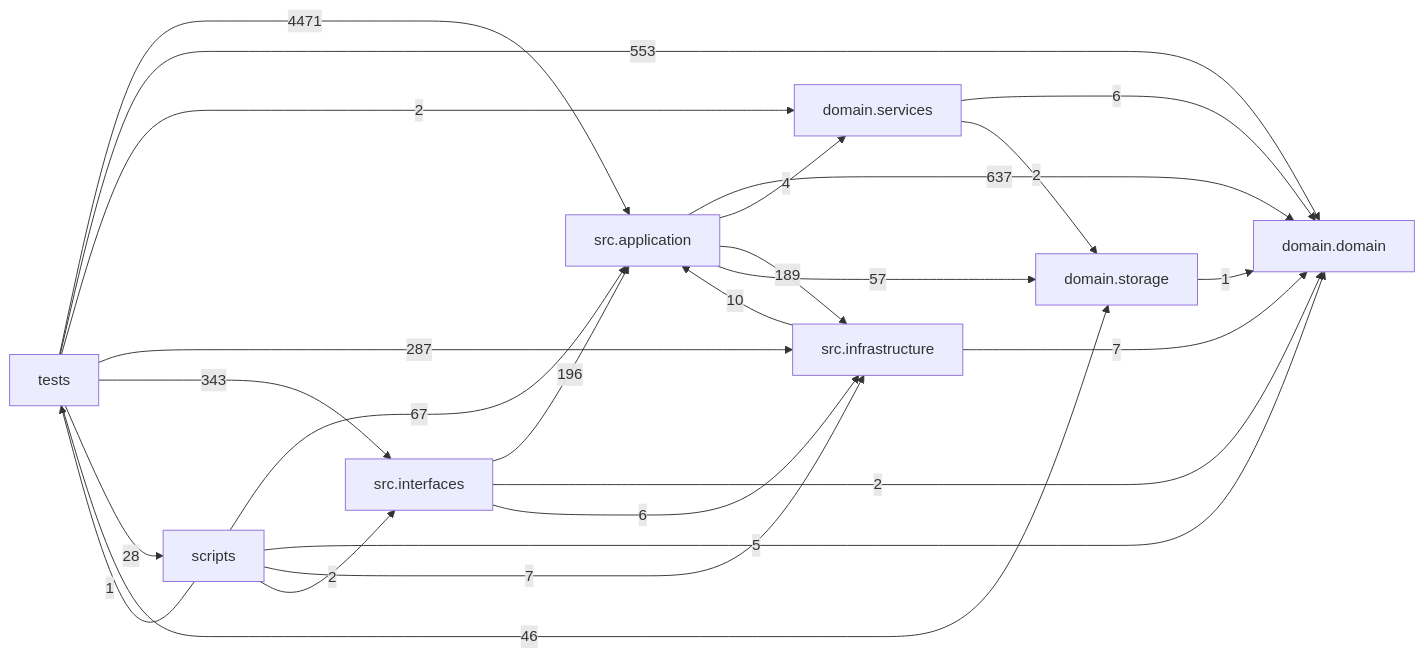
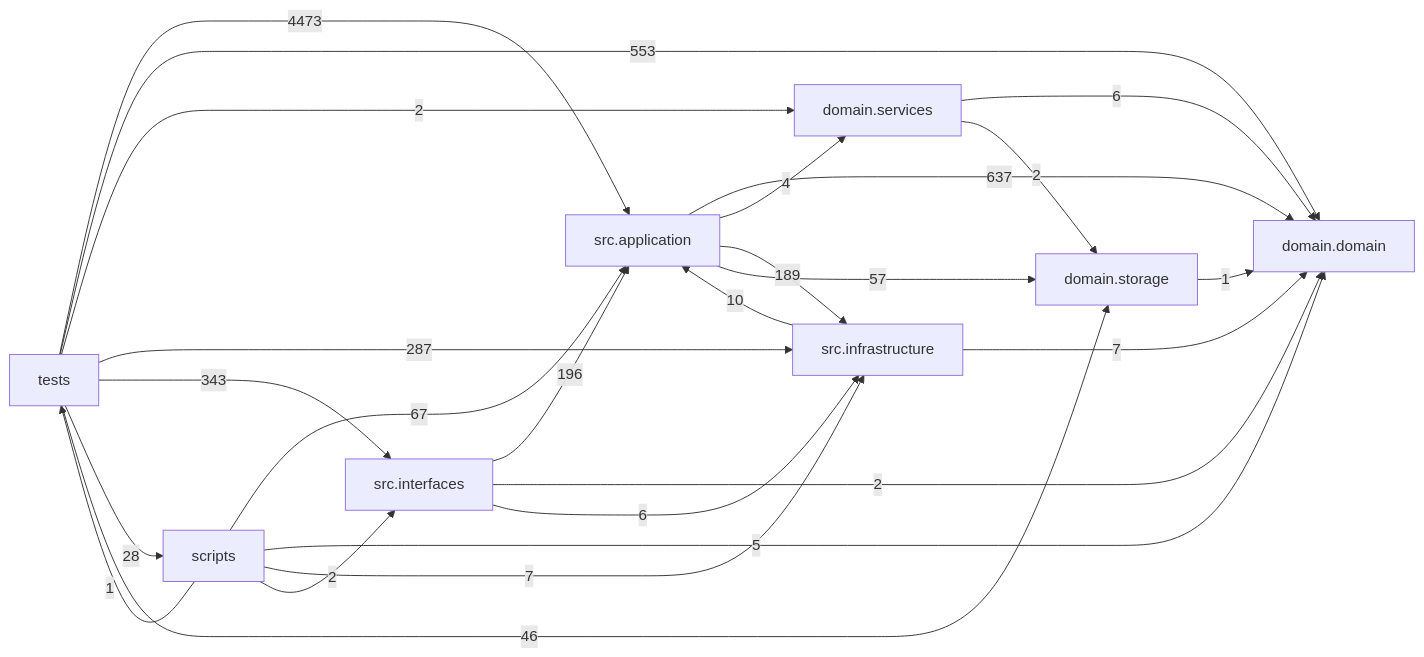
Before and after one commit to liuxie066/options-monitor: the diagram in docs/DEPENDENCY_GRAPH.md, drawn with Mermaid. The commit also changed other lines of this file and 4 other files, not shown here.

````diff
--- a/docs/DEPENDENCY_GRAPH.md
+++ b/docs/DEPENDENCY_GRAPH.md
@@ -24,35 +24,35 @@
 ```mermaid
 flowchart LR
   tests["tests"]
   scripts["scripts"]
   interfaces["src.interfaces"]
   application["src.application"]
   infrastructure["src.infrastructure"]
   domain_services["domain.services"]
   domain["domain.domain"]
   storage["domain.storage"]
   application -->|637| domain
   application -->|4| domain_services
   application -->|189| infrastructure
   application -->|57| storage
   domain_services -->|6| domain
   domain_services -->|2| storage
   infrastructure -->|10| application
   infrastructure -->|7| domain
   interfaces -->|196| application
   interfaces -->|2| domain
   interfaces -->|6| infrastructure
   scripts -->|67| application
   scripts -->|5| domain
   scripts -->|7| infrastructure
   scripts -->|2| interfaces
   scripts -->|1| tests
   storage -->|1| domain
-  tests -->|4471| application
+  tests -->|4473| application
   tests -->|553| domain
   tests -->|2| domain_services
   tests -->|287| infrastructure
   tests -->|343| interfaces
   tests -->|28| scripts
   tests -->|46| storage
 ```
````
